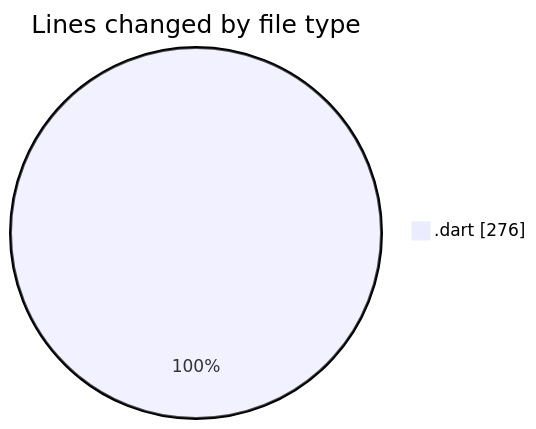
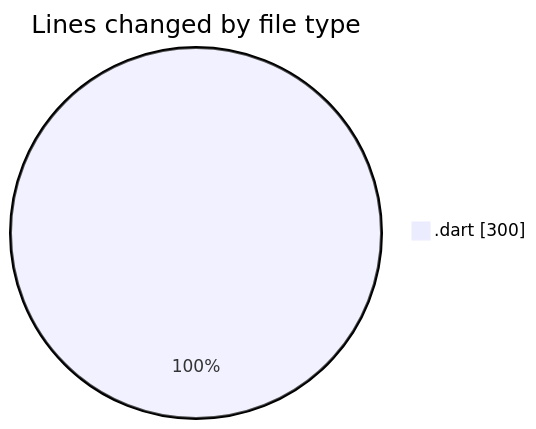
The first of 2 diagrams in 2025-01-26/trackers_app/README.md (donsfak/code-tracking), drawn with Mermaid before and after one commit. The commit also changed other lines of this file and 1 other file, not shown here.

````diff
--- a/2025-01-26/trackers_app/README.md
+++ b/2025-01-26/trackers_app/README.md
@@ -22,5 +22,5 @@
 ```mermaid
 pie showData
 title Lines changed by file type
-".dart" : 276
+".dart" : 300
 ```
````
